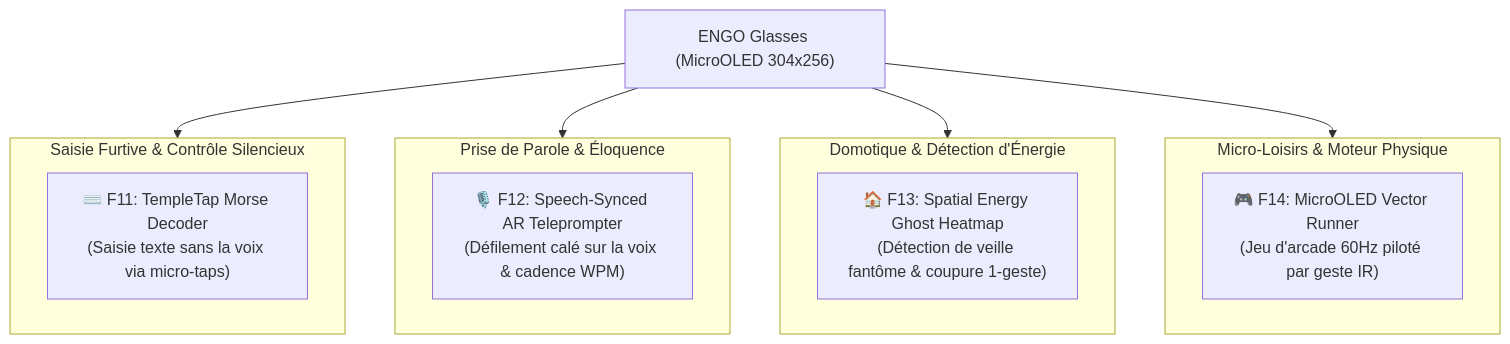
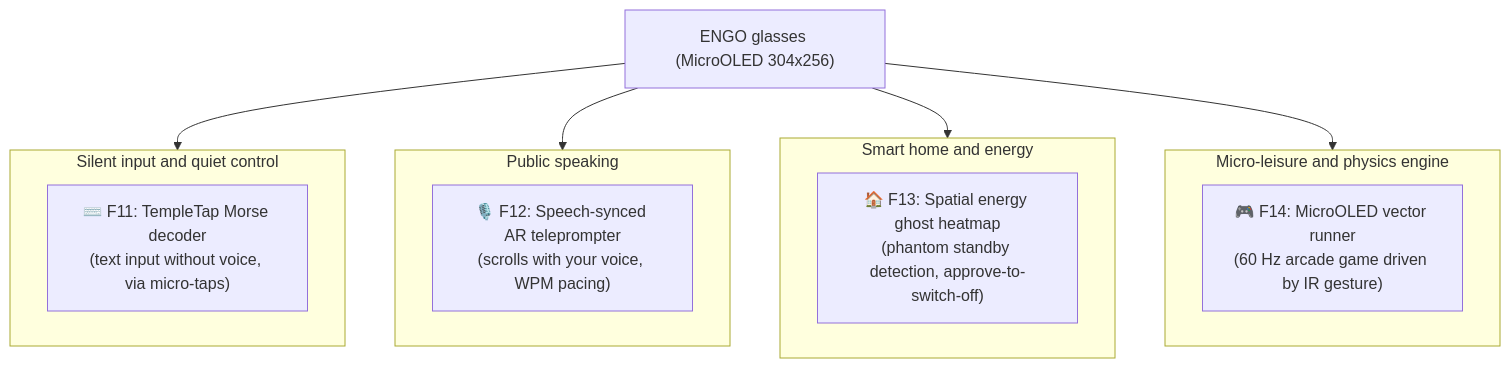
Before and after one commit to toskaman/openbridge: the diagram in docs/partners/engo/12_NEXTGEN_INNOVATIONS_DEEPDIVE.md, drawn with Mermaid. The commit also changed other lines of this file and 29 other files, not shown here.

````diff
--- a/docs/partners/engo/12_NEXTGEN_INNOVATIONS_DEEPDIVE.md
+++ b/docs/partners/engo/12_NEXTGEN_INNOVATIONS_DEEPDIVE.md
@@ -10,23 +13,23 @@
 ```mermaid
 flowchart TD
-    subgraph INPUT["Saisie Furtive & Contrôle Silencieux"]
-        I1["⌨️ F11: TempleTap Morse Decoder<br/>(Saisie texte sans la voix via micro-taps)"]
+    subgraph INPUT["Silent input and quiet control"]
+        I1["⌨️ F11: TempleTap Morse decoder<br/>(text input without voice, via micro-taps)"]
     end
 
-    subgraph PROD["Prise de Parole & Éloquence"]
-        P1["🎙️ F12: Speech-Synced AR Teleprompter<br/>(Défilement calé sur la voix & cadence WPM)"]
+    subgraph PROD["Public speaking"]
+        P1["🎙️ F12: Speech-synced AR teleprompter<br/>(scrolls with your voice, WPM pacing)"]
     end
 
-    subgraph ECO["Domotique & Détection d'Énergie"]
-        E1["🏠 F13: Spatial Energy Ghost Heatmap<br/>(Détection de veille fantôme & coupure 1-geste)"]
+    subgraph ECO["Smart home and energy"]
+        E1["🏠 F13: Spatial energy ghost heatmap<br/>(phantom standby detection, approve-to-switch-off)"]
     end
 
-    subgraph ENTERTAINMENT["Micro-Loisirs & Moteur Physique"]
-        A1["🎮 F14: MicroOLED Vector Runner<br/>(Jeu d'arcade 60Hz piloté par geste IR)"]
+    subgraph ENTERTAINMENT["Micro-leisure and physics engine"]
+        A1["🎮 F14: MicroOLED vector runner<br/>(60 Hz arcade game driven by IR gesture)"]
     end
 
-    ENGO["ENGO Glasses (MicroOLED 304x256)"] --> INPUT
+    ENGO["ENGO glasses (MicroOLED 304x256)"] --> INPUT
     ENGO --> PROD
     ENGO --> ECO
     ENGO --> ENTERTAINMENT
 ```
````
